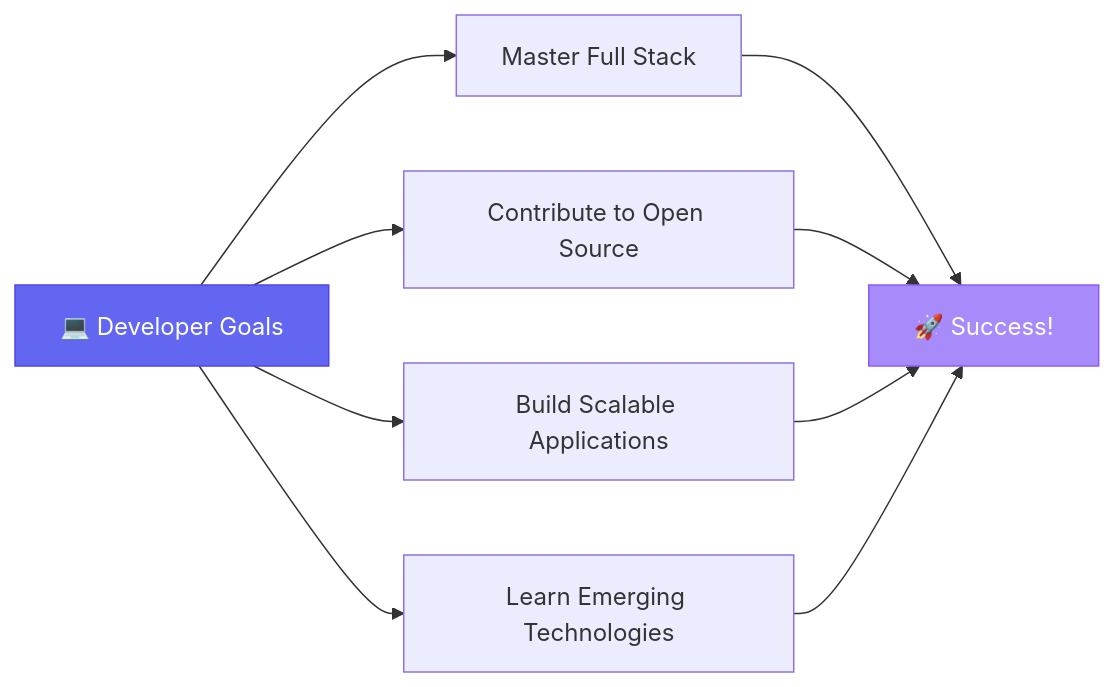
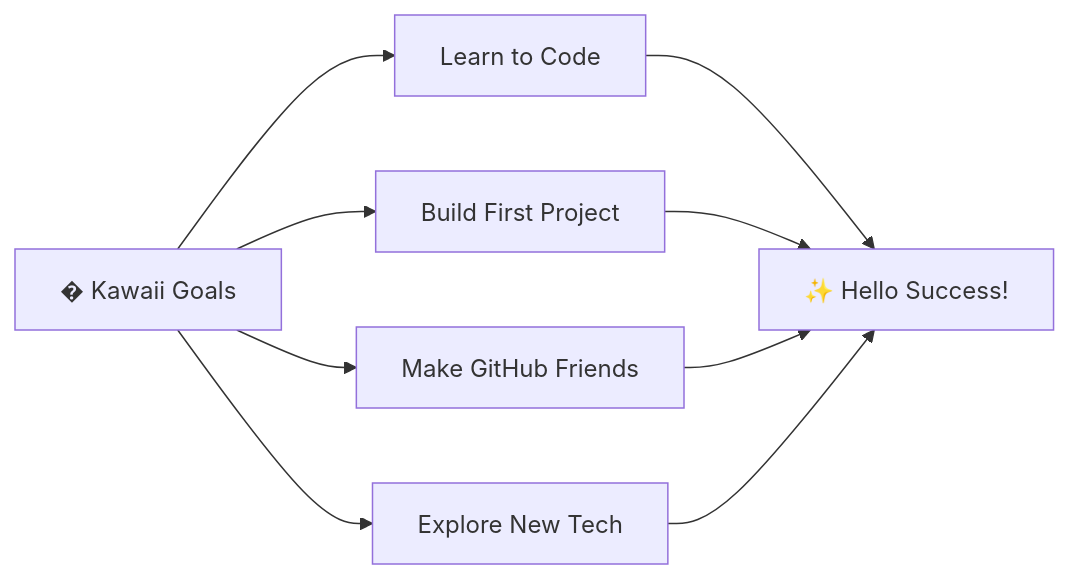
The diagram in README.md (sadvoidhours/sadvoidhours), drawn with Mermaid before and after one commit. The commit also changed other lines of this file, not shown here.

````diff
--- a/README.md
+++ b/README.md
@@ -130,13 +127,11 @@
 ```mermaid
 graph LR
-    A[💻 Developer Goals] --> B[Master Full Stack]
-    A --> C[Contribute to Open Source]
-    A --> D[Build Scalable Applications]
-    A --> E[Learn Emerging Technologies]
-    B --> F[🚀 Success!]
+    A[� Kawaii Goals] --> B[Learn to Code]
+    A --> C[Build First Project]
+    A --> D[Make GitHub Friends]
+    A --> E[Explore New Tech]
+    B --> F[✨ Hello Success!]
     C --> F
     D --> F
     E --> F
-    style A fill:#6366F1,stroke:#4F46E5,color:#fff
-    style F fill:#A78BFA,stroke:#8B5CF6,color:#fff
 ```
````
